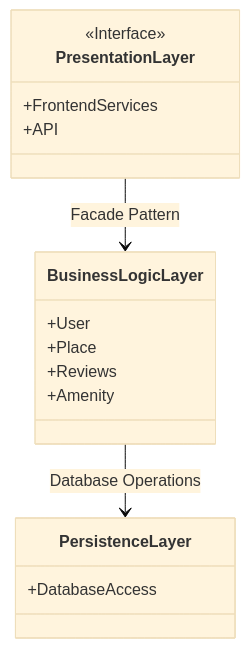
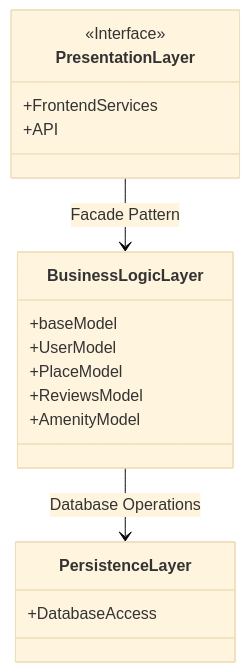
One commit to MaKSiiMe/holbertonschool-hbnb changed the diagram in HBnB-UML/0- High-Level_Package_Diagram.md. Above: the diagram before and after it, drawn with Mermaid (base theme). The commit also changed 1 other file, not shown here.

Commit message:
Update UML diagrams to reflect new model structure and methods for User, Place, Review, and Amenity

````diff
--- a/HBnB-UML/0- High-Level_Package_Diagram.md
+++ b/HBnB-UML/0- High-Level_Package_Diagram.md
@@ -1,20 +1,21 @@
 ```mermaid
 classDiagram
 class PresentationLayer {
     <<Interface>>
     +FrontendServices
     +API
 }
 class BusinessLogicLayer {
-    +User
-    +Place
-    +Reviews
-    +Amenity
+    +baseModel
+    +UserModel
+    +PlaceModel
+    +ReviewsModel
+    +AmenityModel
 
 }
 class PersistenceLayer {
     +DatabaseAccess
 }
 PresentationLayer --> BusinessLogicLayer : Facade Pattern
 BusinessLogicLayer --> PersistenceLayer : Database Operations
 ```
````
